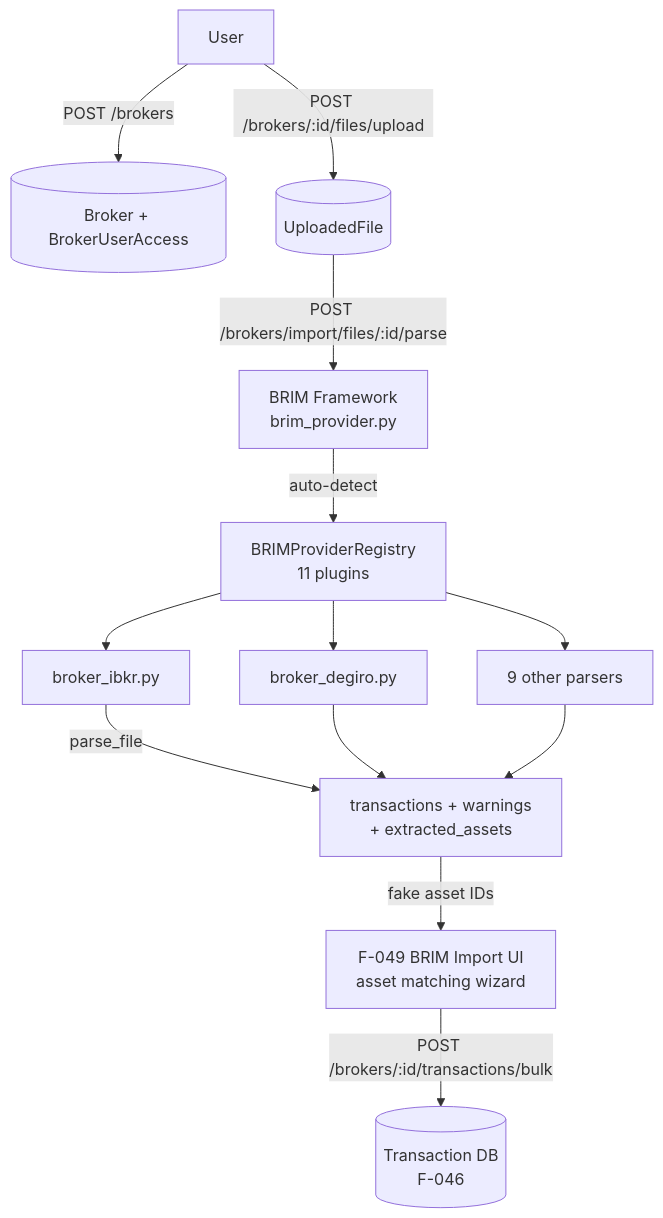
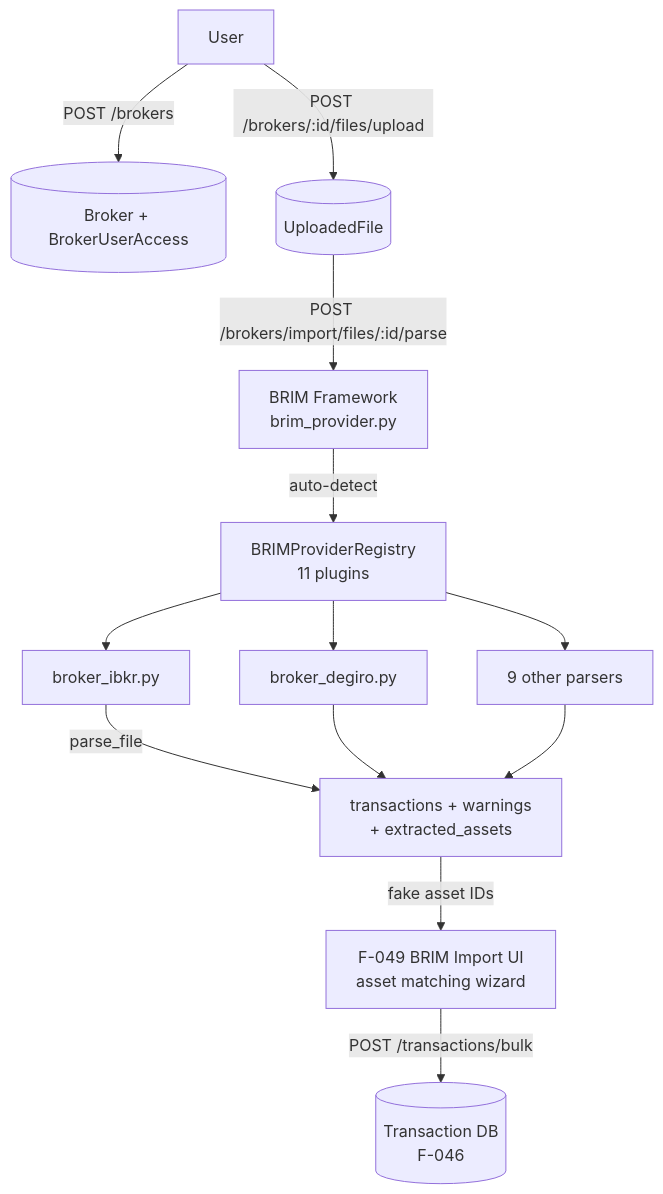
One commit to Librefolio/LibreFolio changed the diagram in LibreFolio_devWiki/wiki/domains/brokers.md. Above: the diagram before and after it, drawn with Mermaid. The commit also changed other lines of this file and 40 other files, not shown here.

First line of the commit message:
feat(transactions): redesign Form/Bulk modals (rounds Bugfix-1 → Bugfix-4)

````diff
--- a/LibreFolio_devWiki/wiki/domains/brokers.md
+++ b/LibreFolio_devWiki/wiki/domains/brokers.md
@@ -34,15 +34,15 @@
 ```mermaid
 graph TD
     User -->|POST /brokers| BrokerDB[(Broker + BrokerUserAccess)]
     User -->|POST /brokers/:id/files/upload| FileStore[(UploadedFile)]
     FileStore -->|POST /brokers/import/files/:id/parse| BRIMFw[BRIM Framework<br/>brim_provider.py]
     BRIMFw -->|auto-detect| PluginRegistry[BRIMProviderRegistry<br/>11 plugins]
     PluginRegistry --> IBKR[broker_ibkr.py]
     PluginRegistry --> Degiro[broker_degiro.py]
     PluginRegistry --> Other[9 other parsers]
     IBKR -->|parse_file| ParseResult[transactions + warnings<br/>+ extracted_assets]
     Degiro --> ParseResult
     Other --> ParseResult
     ParseResult -->|fake asset IDs| StagingUI[F-049 BRIM Import UI<br/>asset matching wizard]
-    StagingUI -->|POST /brokers/:id/transactions/bulk| TxDB[(Transaction DB<br/>F-046)]
+    StagingUI -->|POST /transactions/bulk| TxDB[(Transaction DB<br/>F-046)]
 ```
````
